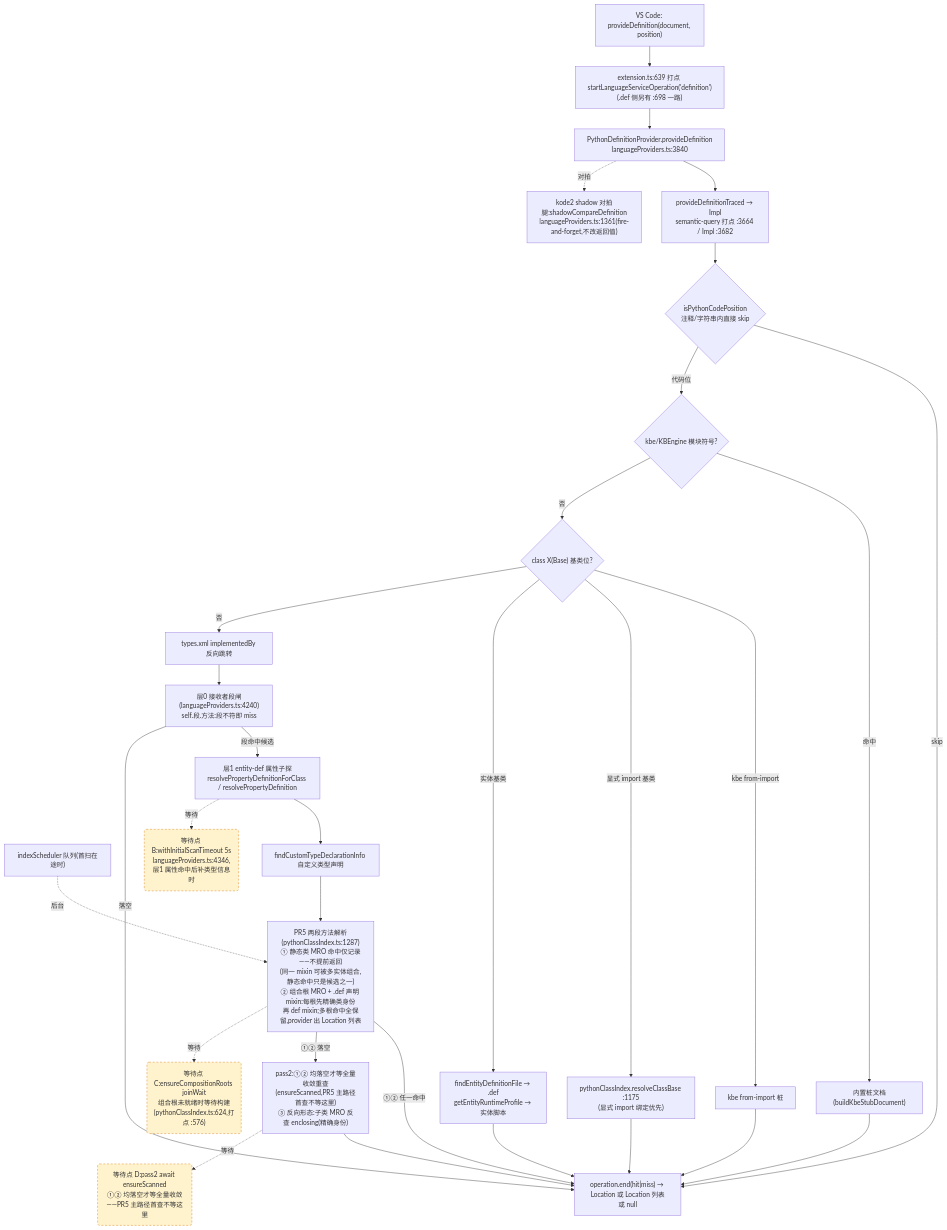
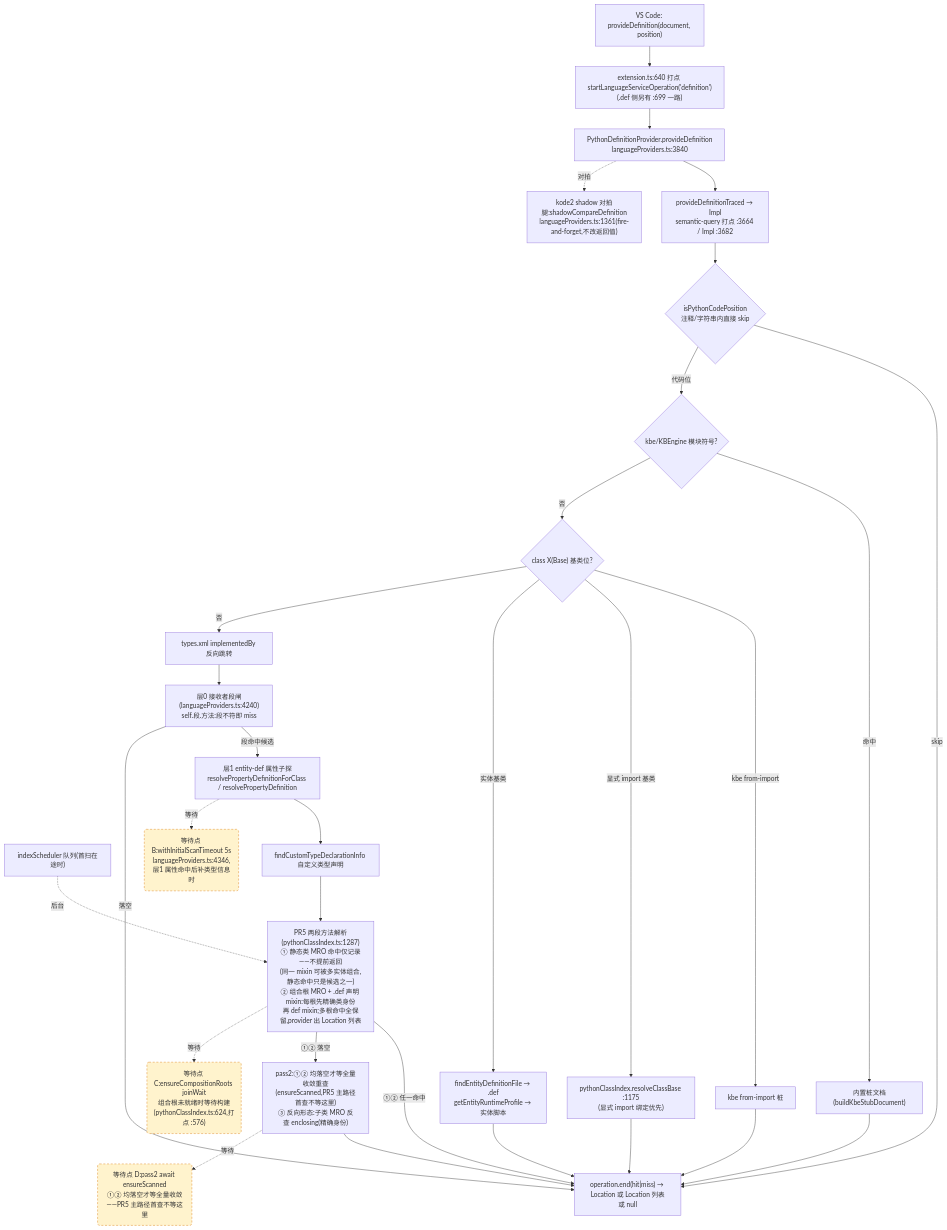
Before and after one commit to cuihairu/kode: the second of 4 diagrams in docs/perf/2026-baseline.md, drawn with Mermaid. The commit also changed other lines of this file and 12 other files, not shown here.

````diff
--- a/docs/perf/2026-baseline.md
+++ b/docs/perf/2026-baseline.md
@@ -130,51 +130,51 @@
 ```mermaid
 flowchart TD
   VC2["VS Code: provideDefinition(document, position)"]
-  M2["extension.ts:639 打点 startLanguageServiceOperation('definition')<br/>(.def 侧另有 :698 一路)"]
+  M2["extension.ts:640 打点 startLanguageServiceOperation('definition')<br/>(.def 侧另有 :699 一路)"]
   AD2["PythonDefinitionProvider.provideDefinition<br/>languageProviders.ts:3840"]
   TR["provideDefinitionTraced → Impl<br/>semantic-query 打点 :3664 / Impl :3682"]
   CTX{"isPythonCodePosition<br/>注释/字符串内直接 skip"}
   KBE{"kbe/KBEngine 模块符号?"}
   STUB["内置桩文档(buildKbeStubDocument)"]
   CB{"class X(Base) 基类位?"}
   CB1["kbe from-import 桩"]
   CB2["pythonClassIndex.resolveClassBase :1175<br/>(显式 import 绑定优先)"]
   CB3["findEntityDefinitionFile → .def<br/>getEntityRuntimeProfile → 实体脚本"]
   REV["types.xml implementedBy 反向跳转"]
   L0["层0 接收者段闸(languageProviders.ts:4240)<br/>self.段.方法:段不符即 miss"]
   L1["层1 entity-def 属性子探<br/>resolvePropertyDefinitionForClass / resolvePropertyDefinition"]
   SCAN["indexScheduler 队列(首扫在途时)"]
   TY["findCustomTypeDeclarationInfo 自定义类型声明"]
   MRO["PR5 两段方法解析(pythonClassIndex.ts:1287)<br/>① 静态类 MRO 命中仅记录——不提前返回<br/>(同一 mixin 可被多实体组合,静态命中只是候选之一)<br/>② 组合根 MRO + .def 声明 mixin:每根先精确类身份<br/>再 def mixin;多根命中全保留,provider 出 Location 列表"]
   PASS2["pass2:①② 均落空才等全量收敛重查<br/>(ensureScanned,PR5 主路径首查不等这里)<br/>③ 反向形态:子类 MRO 反查 enclosing(精确身份)"]
   SHD["kode2 shadow 对拍腿:shadowCompareDefinition<br/>languageProviders.ts:1361(fire-and-forget,不改返回值)"]
   END2["operation.end(hit|miss) → Location 或 Location 列表或 null"]
 
   VC2 --> M2 --> AD2 --> TR --> CTX
   CTX -- "skip" --> END2
   CTX -- "代码位" --> KBE
   KBE -- "命中" --> STUB --> END2
   KBE -- "否" --> CB
   CB -- "kbe from-import" --> CB1 --> END2
   CB -- "显式 import 基类" --> CB2 --> END2
   CB -- "实体基类" --> CB3 --> END2
   CB -- "否" --> REV --> L0
   L0 -- "段命中候选" --> L1
   L0 -- "落空" --> END2
   L1 --> TY
   TY --> MRO
   MRO -- "①② 任一命中" --> END2
   MRO -- "①② 落空" --> PASS2 --> END2
   AD2 -.->|对拍| SHD
 
   WAITB("等待点 B:withInitialScanTimeout 5s<br/>languageProviders.ts:4346,层1 属性命中后补类型信息时")
   WAITC("等待点 C:ensureCompositionRoots joinWait<br/>组合根未就绪时等待构建(pythonClassIndex.ts:624,打点 :576)")
   WAITD("等待点 D:pass2 await ensureScanned<br/>①② 均落空才等全量收敛——PR5 主路径首查不等这里")
   L1 -.->|等待| WAITB
   MRO -.->|等待| WAITC
   PASS2 -.->|等待| WAITD
   SCAN -.->|后台| MRO
 
   classDef waitPoint fill:#fff3cd,stroke:#d97706,stroke-dasharray:5 4;
   class WAITB,WAITC,WAITD waitPoint;
 ```
````
